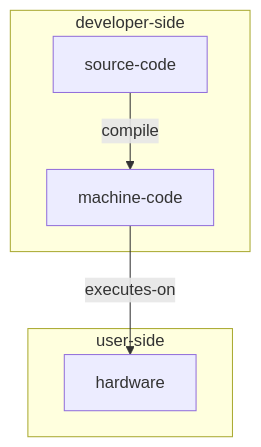
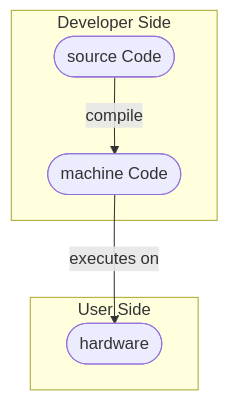
One commit to Trent-Fellbootman/dev000 changed the first of 4 diagrams in docs/programming-languages/overview.md. Above: the diagram before and after it, drawn with Mermaid. The commit also changed other lines of this file and 3 other files, not shown here.

Commit message:
Update mermaid blocks for better idioms

````diff
--- a/docs/programming-languages/overview.md
+++ b/docs/programming-languages/overview.md
@@ -90,11 +90,11 @@
 ```mermaid
 graph TD
 
-    subgraph developer-side
-        source-code -->|compile| machine-code
+    subgraph Developer Side
+        S([source Code]) -->|compile| M([machine Code])
     end
 
-    subgraph user-side
-        machine-code -->|executes-on| hardware
+    subgraph User Side
+        M -->|executes on| H([hardware])
     end
 ```
````
